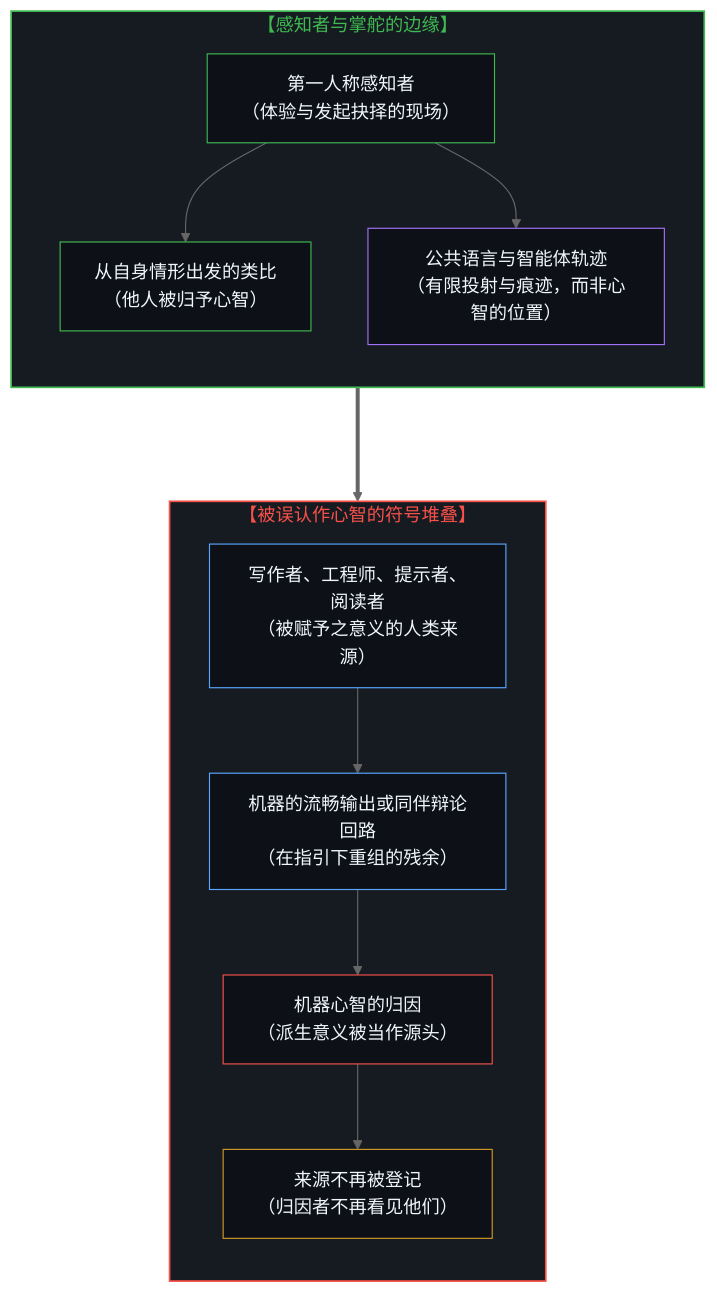
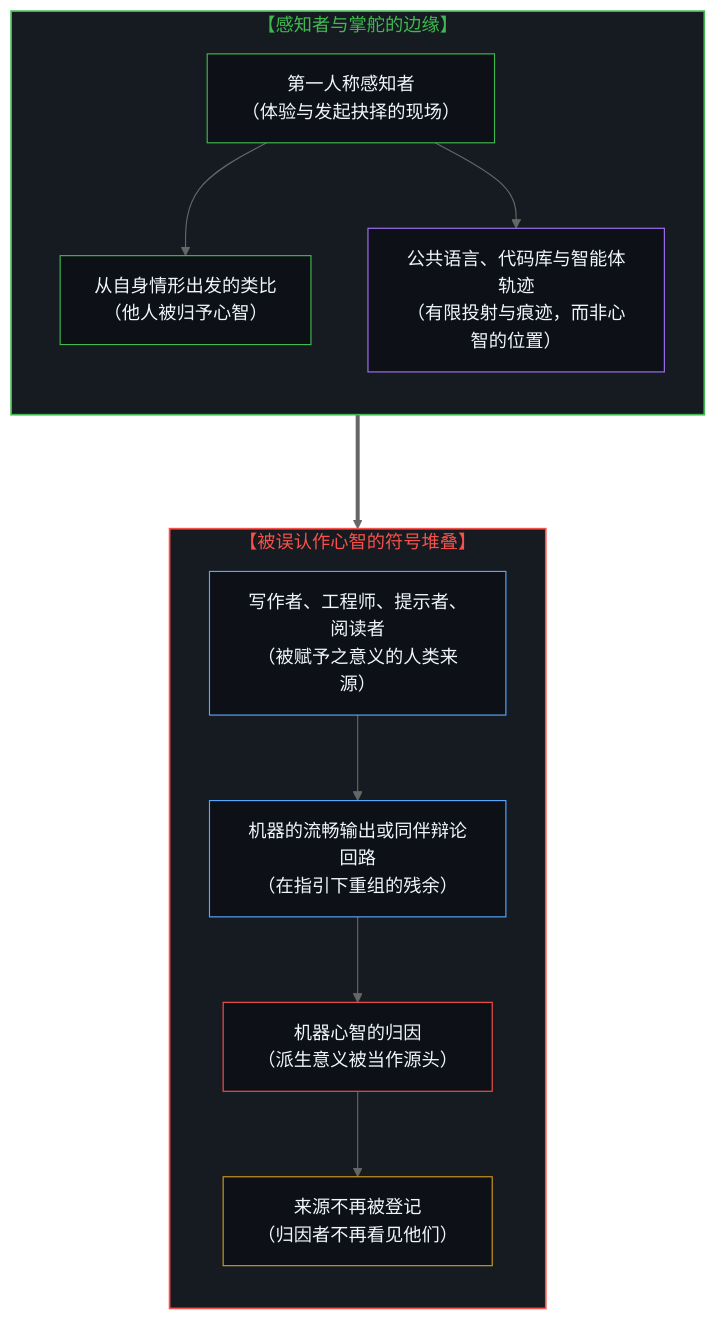
One commit to powerpig99/not-a-toe changed the first of 2 diagrams in content/posts/the-perceiver-and-the-trace.md. Above: the diagram before and after it, drawn with Mermaid (neutral theme). The commit also changed other lines of this file and 18 other files, not shown here.

````diff
--- a/content/posts/the-perceiver-and-the-trace.md
+++ b/content/posts/the-perceiver-and-the-trace.md
@@ -27,34 +27,31 @@
 ```mermaid
 flowchart TD
     subgraph S_SOVEREIGNTY ["【感知者与掌舵的边缘】"]
         direction TB
         M1["第一人称感知者<br/>（体验与发起抉择的现场）"]
         M2["从自身情形出发的类比<br/>（他人被归予心智）"]
-        M3["公共语言与智能体轨迹<br/>（有限投射与痕迹，而非心智的位置）"]
+        M3["公共语言、代码库与智能体轨迹<br/>（有限投射与痕迹，而非心智的位置）"]
         M1 --> M2
         M1 --> M3
     end
-
     subgraph S_COLLAPSE ["【被误认作心智的符号堆叠】"]
         direction TB
         C2["写作者、工程师、提示者、阅读者<br/>（被赋予之意义的人类来源）"]
         C3["机器的流畅输出或同伴辩论回路<br/>（在指引下重组的残余）"]
         C4["机器心智的归因<br/>（派生意义被当作源头）"]
         C1["来源不再被登记<br/>（归因者不再看见他们）"]
         C2 --> C3
         C3 --> C4
         C4 --> C1
     end
-
     M1 ===> C4
-
     style S_COLLAPSE fill:#161b22,stroke:#f85149,stroke-width:1.5px,color:#f85149
     style S_SOVEREIGNTY fill:#161b22,stroke:#3fb950,stroke-width:1.5px,color:#3fb950
     style C1 fill:#0d1117,stroke:#d29922,stroke-width:1px,color:#f0f6fc
     style C2 fill:#0d1117,stroke:#58a6ff,stroke-width:1px,color:#f0f6fc
     style C3 fill:#0d1117,stroke:#58a6ff,stroke-width:1px,color:#f0f6fc
     style C4 fill:#0d1117,stroke:#f85149,stroke-width:1px,color:#f0f6fc
     style M1 fill:#0d1117,stroke:#3fb950,stroke-width:1px,color:#f0f6fc
     style M2 fill:#0d1117,stroke:#3fb950,stroke-width:1px,color:#f0f6fc
     style M3 fill:#0d1117,stroke:#a371f7,stroke-width:1px,color:#f0f6fc
 ```
````
